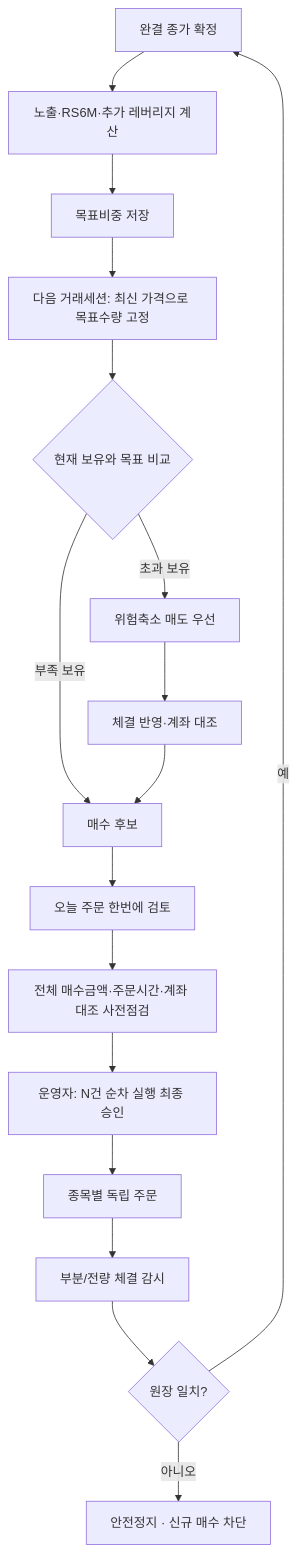
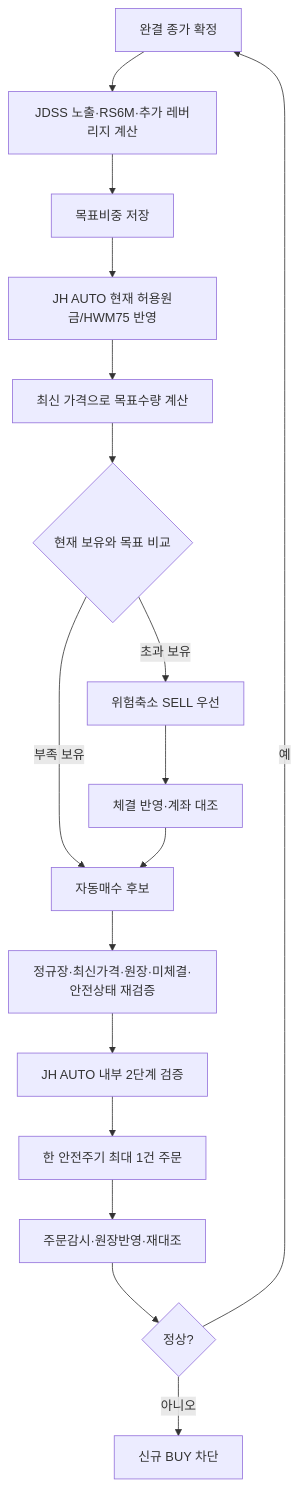
Before and after one commit to hwanff11/JH_HOLDINGS: the second of 2 diagrams in docs/STRATEGY_GUIDE.md, drawn with Mermaid. The commit also changed other lines of this file and 12 other files, not shown here.

First line of the commit message:
fix: JH AUTO HWM 위험예산 표시 명확화

````diff
--- a/docs/STRATEGY_GUIDE.md
+++ b/docs/STRATEGY_GUIDE.md
@@ -140,19 +139,19 @@
 ```mermaid
 flowchart TD
-    A["완결 종가 확정"] --> B["노출·RS6M·추가 레버리지 계산"]
+    A["완결 종가 확정"] --> B["JDSS 노출·RS6M·추가 레버리지 계산"]
     B --> C["목표비중 저장"]
-    C --> D["다음 거래세션: 최신 가격으로 목표수량 고정"]
-    D --> E{"현재 보유와 목표 비교"}
-    E -->|초과 보유| F["위험축소 매도 우선"]
-    F --> G["체결 반영·계좌 대조"]
-    E -->|부족 보유| H["매수 후보"]
-    G --> H
-    H --> I["오늘 주문 한번에 검토"]
-    I --> J["전체 매수금액·주문시간·계좌 대조 사전점검"]
-    J --> K["운영자: N건 순차 실행 최종 승인"]
-    K --> L["종목별 독립 주문"]
-    L --> M["부분/전량 체결 감시"]
-    M --> N{"원장 일치?"}
+    C --> D["JH AUTO 현재 허용원금/HWM75 반영"]
+    D --> E["최신 가격으로 목표수량 계산"]
+    E --> F{"현재 보유와 목표 비교"}
+    F -->|초과 보유| G["위험축소 SELL 우선"]
+    G --> H["체결 반영·계좌 대조"]
+    F -->|부족 보유| I["자동매수 후보"]
+    H --> I
+    I --> J["정규장·최신가격·원장·미체결·안전상태 재검증"]
+    J --> K["JH AUTO 내부 2단계 검증"]
+    K --> L["한 안전주기 최대 1건 주문"]
+    L --> M["주문감시·원장반영·재대조"]
+    M --> N{"정상?"}
     N -->|예| A
-    N -->|아니오| O["안전정지 · 신규 매수 차단"]
+    N -->|아니오| O["신규 BUY 차단"]
 ```
````
